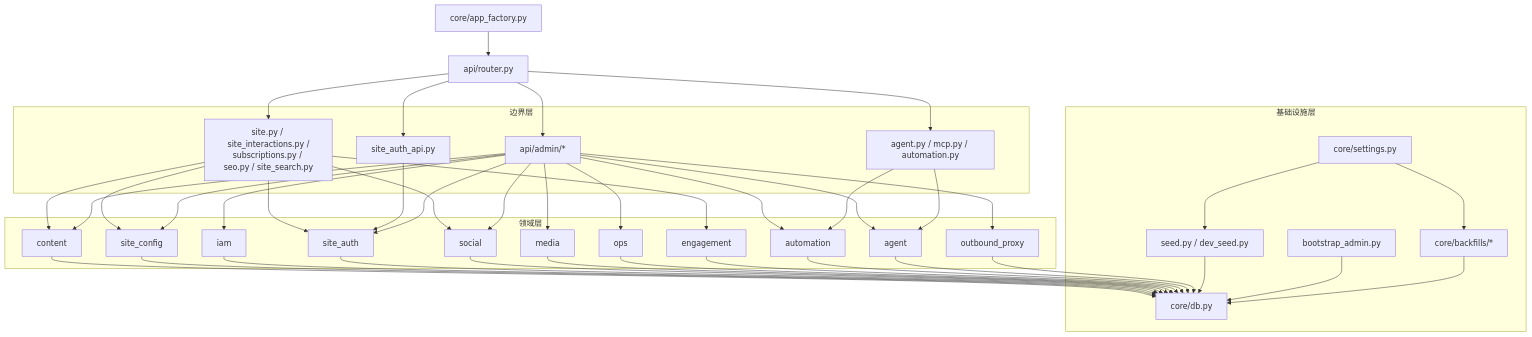
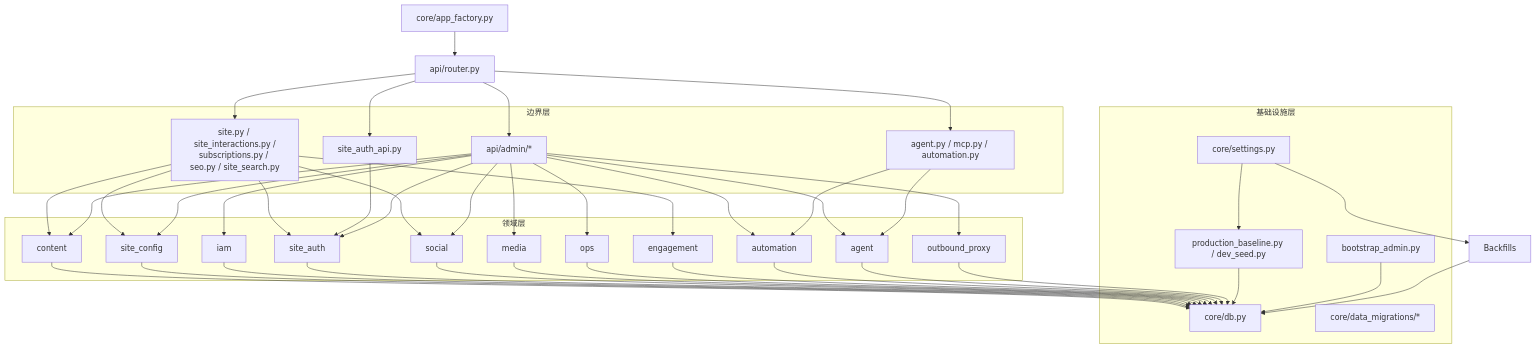
Before and after one commit to Aerisun/Serino: the third of 8 diagrams in docs/architecture.md, drawn with Mermaid. The commit also changed other lines of this file and 24 other files, not shown here.

````diff
--- a/docs/architecture.md
+++ b/docs/architecture.md
@@ -156,78 +156,78 @@
 ```mermaid
 flowchart TB
     AppFactory["core/app_factory.py"]
     Router["api/router.py"]
 
     subgraph API["边界层"]
         PublicAPI["site.py / site_interactions.py /\nsubscriptions.py / seo.py / site_search.py"]
         SiteAuthAPI["site_auth_api.py"]
         AdminAPI["api/admin/*"]
         AgentAPI["agent.py / mcp.py / automation.py"]
     end
 
     subgraph Domain["领域层"]
         Content["content"]
         SiteConfig["site_config"]
         IAM["iam"]
         SiteAuth["site_auth"]
         Social["social"]
         Media["media"]
         Ops["ops"]
         Engagement["engagement"]
         Automation["automation"]
         Agent["agent"]
         OutboundProxy["outbound_proxy"]
     end
 
     subgraph Infra["基础设施层"]
         DB["core/db.py"]
-        Seed["seed.py / dev_seed.py"]
+        Seed["production_baseline.py / dev_seed.py"]
         BootstrapAdmin["bootstrap_admin.py"]
-        Backfills["core/backfills/*"]
+        DataMigrations["core/data_migrations/*"]
         Settings["core/settings.py"]
     end
 
     AppFactory --> Router
     Router --> PublicAPI
     Router --> SiteAuthAPI
     Router --> AdminAPI
     Router --> AgentAPI
 
     PublicAPI --> Content
     PublicAPI --> SiteConfig
     PublicAPI --> Social
     PublicAPI --> Engagement
     PublicAPI --> SiteAuth
 
     SiteAuthAPI --> SiteAuth
     AdminAPI --> Content
     AdminAPI --> SiteConfig
     AdminAPI --> IAM
     AdminAPI --> Social
     AdminAPI --> Media
     AdminAPI --> Ops
     AdminAPI --> Automation
     AdminAPI --> Agent
     AdminAPI --> OutboundProxy
     AdminAPI --> SiteAuth
     AgentAPI --> Agent
     AgentAPI --> Automation
 
     Content --> DB
     SiteConfig --> DB
     IAM --> DB
     SiteAuth --> DB
     Social --> DB
     Media --> DB
     Ops --> DB
     Engagement --> DB
     Automation --> DB
     Agent --> DB
     OutboundProxy --> DB
 
     Seed --> DB
     BootstrapAdmin --> DB
     Backfills --> DB
     Settings --> Seed
     Settings --> Backfills
 ```
````
